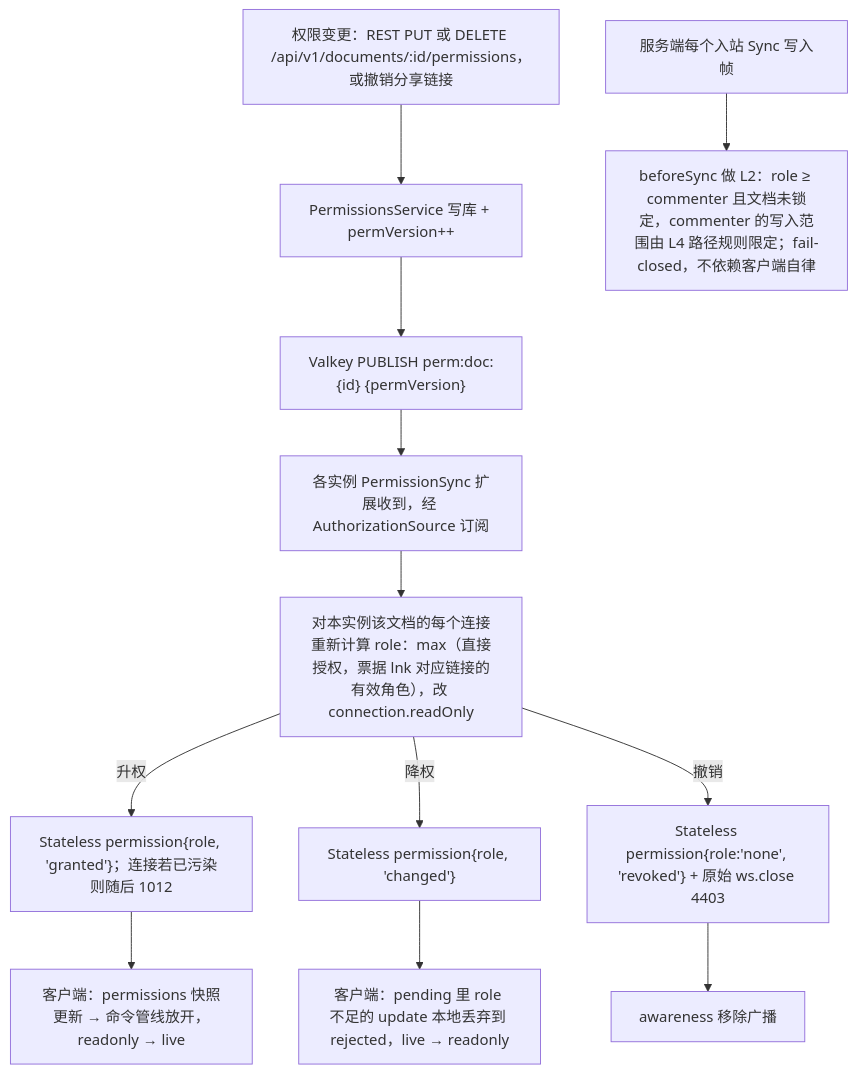
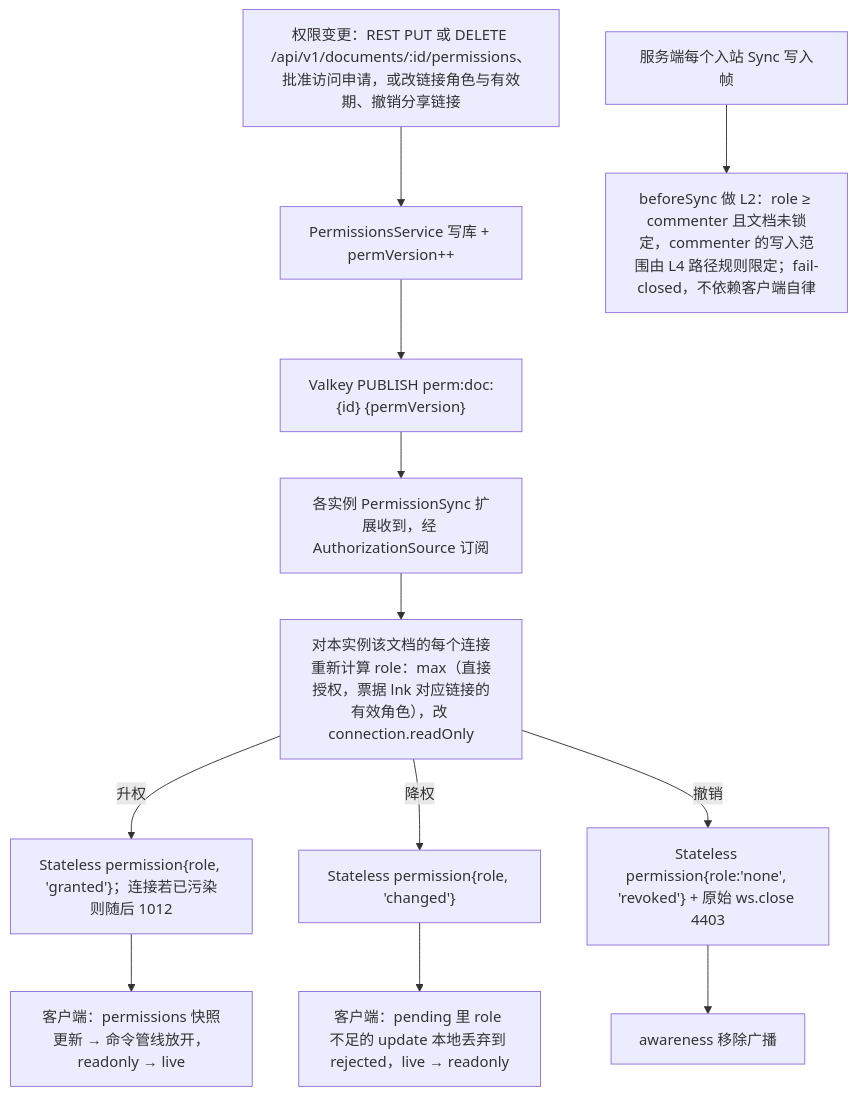
One commit to Xeonice/cordis-ppt-editor changed diagram 12 of 15 in docs/30-architecture/06-collaboration.md. Above: the diagram before and after it, drawn with Mermaid. The commit also changed other lines of this file and 43 other files, not shown here.

````diff
--- a/docs/30-architecture/06-collaboration.md
+++ b/docs/30-architecture/06-collaboration.md
@@ -910,14 +911,14 @@
 ```mermaid
 flowchart TB
-  patch["权限变更：REST PUT 或 DELETE /api/v1/documents/:id/permissions，或撤销分享链接"] --> svc["PermissionsService 写库 + permVersion++"]
+  patch["权限变更：REST PUT 或 DELETE /api/v1/documents/:id/permissions、批准访问申请，或改链接角色与有效期、撤销分享链接"] --> svc["PermissionsService 写库 + permVersion++"]
   svc --> pub["Valkey PUBLISH perm:doc:{id} {permVersion}"]
   pub --> rm["各实例 PermissionSync 扩展收到，经 AuthorizationSource 订阅"]
   rm --> recompute["对本实例该文档的每个连接重新计算 role：max（直接授权，票据 lnk 对应链接的有效角色），改 connection.readOnly"]
   recompute -- "升权" --> up["Stateless permission{role, 'granted'}；连接若已污染则随后 1012"]
   recompute -- "降权" --> down["Stateless permission{role, 'changed'}"]
   recompute -- "撤销" --> revoke["Stateless permission{role:'none', 'revoked'} + 原始 ws.close 4403"]
   up --> upC["客户端：permissions 快照更新 → 命令管线放开，readonly → live"]
   down --> downC["客户端：pending 里 role 不足的 update 本地丢弃到 rejected，live → readonly"]
   revoke --> revokeC["awareness 移除广播"]
   inbound["服务端每个入站 Sync 写入帧"] --> check["beforeSync 做 L2：role ≥ commenter 且文档未锁定，commenter 的写入范围由 L4 路径规则限定；fail-closed，不依赖客户端自律"]
 ```
````
